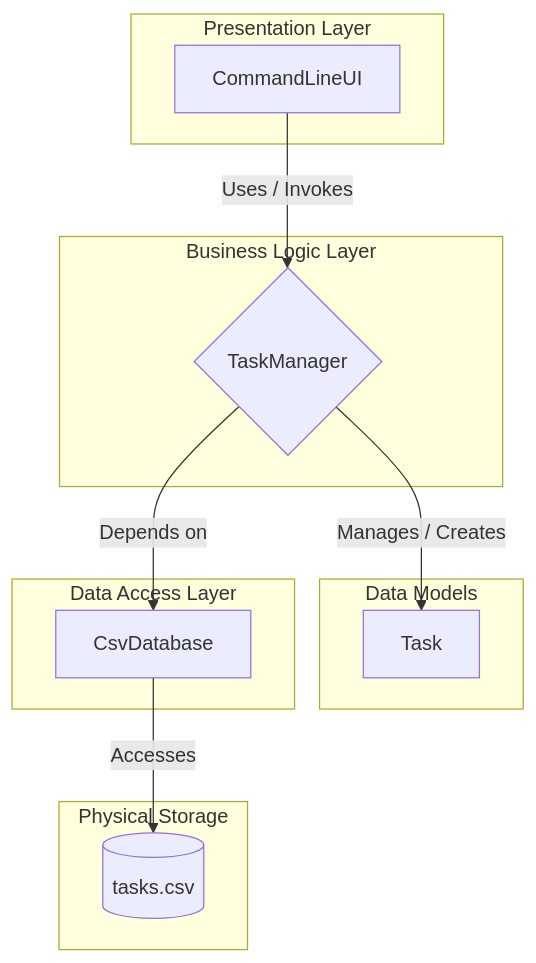
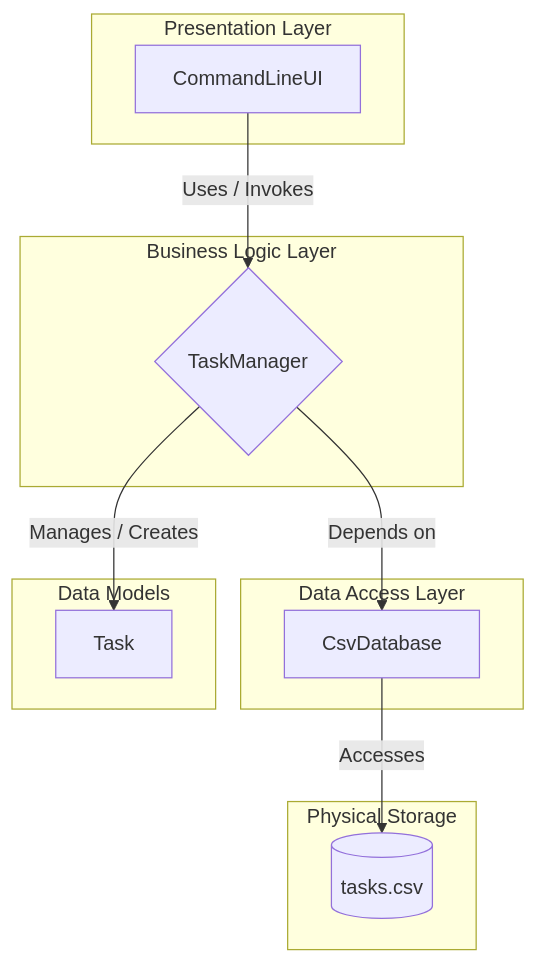
Before and after one commit to GeorgeFreedomTech/Terminal-Commander: the diagram in README.md, drawn with Mermaid. The commit also changed other lines of this file, not shown here.

````diff
--- a/README.md
+++ b/README.md
@@ -28,27 +20,27 @@
 ```mermaid
 graph TD;
     subgraph "Presentation Layer"
         A[CommandLineUI];
     end
 
     subgraph "Business Logic Layer"
         B{TaskManager};
     end
 
+    subgraph "Data Access Layer"
+        C[CsvDatabase];
+    end
+    
     subgraph "Data Models"
         D[Task];
-    end
-
-    subgraph "Data Access Layer"
-        C[CsvDatabase];
     end
     
     subgraph "Physical Storage"
         E[(tasks.csv)];
     end
 
     A -- "Uses / Invokes" --> B;
     B -- "Manages / Creates" --> D;
     B -- "Depends on" --> C;
     C -- "Accesses" --> E;
 ```
````
